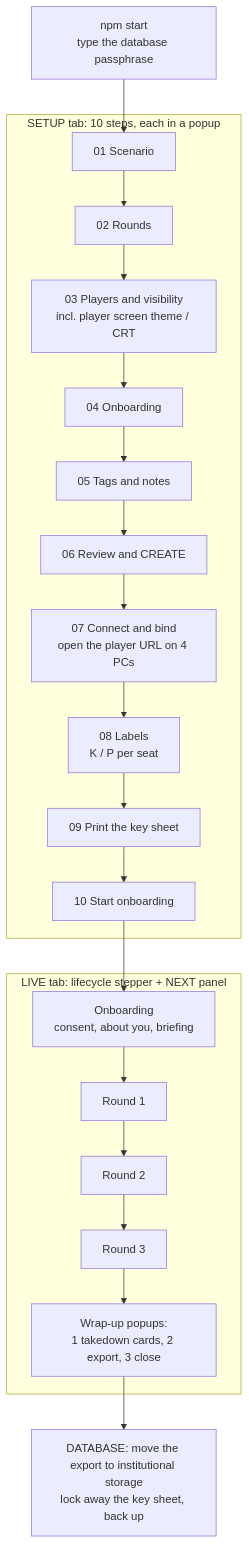
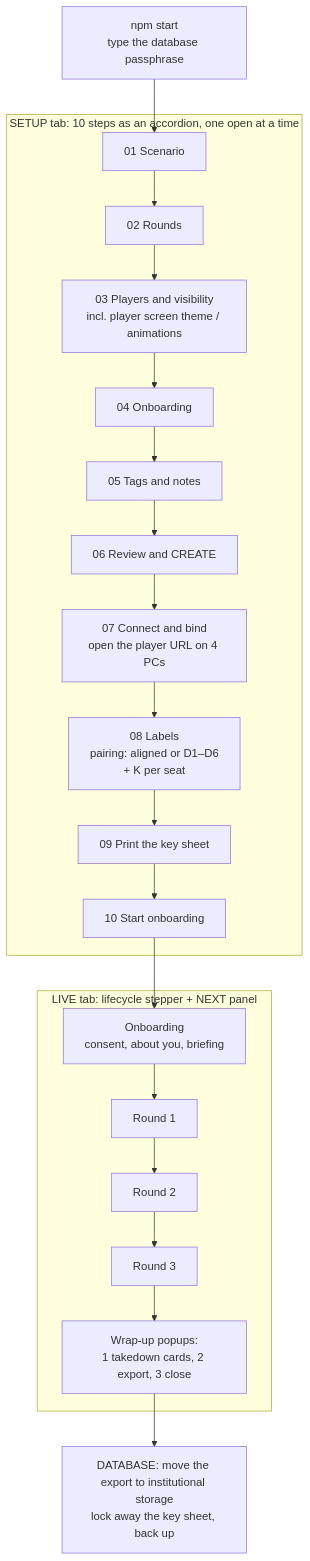
One commit to xy-zak/WhoKnowsWhoActs changed the diagram in docs/SESSION-RUNBOOK.md. Above: the diagram before and after it, drawn with Mermaid. The commit also changed other lines of this file and 49 other files, not shown here.

````diff
--- a/docs/SESSION-RUNBOOK.md
+++ b/docs/SESSION-RUNBOOK.md
@@ -27,14 +27,14 @@
 ```mermaid
 flowchart TD
   A["npm start<br/>type the database passphrase"] --> S1
-  subgraph SETUP["SETUP tab: 10 steps, each in a popup"]
-    S1["01 Scenario"] --> S2["02 Rounds"] --> S3["03 Players and visibility<br/>incl. player screen theme / CRT"] --> S4["04 Onboarding"] --> S5["05 Tags and notes"] --> S6["06 Review and CREATE"]
-    S6 --> S7["07 Connect and bind<br/>open the player URL on 4 PCs"] --> S8["08 Labels<br/>K / P per seat"] --> S9["09 Print the key sheet"] --> S10["10 Start onboarding"]
+  subgraph SETUP["SETUP tab: 10 steps as an accordion, one open at a time"]
+    S1["01 Scenario"] --> S2["02 Rounds"] --> S3["03 Players and visibility<br/>incl. player screen theme / animations"] --> S4["04 Onboarding"] --> S5["05 Tags and notes"] --> S6["06 Review and CREATE"]
+    S6 --> S7["07 Connect and bind<br/>open the player URL on 4 PCs"] --> S8["08 Labels<br/>pairing: aligned or D1–D6<br/>+ K per seat"] --> S9["09 Print the key sheet"] --> S10["10 Start onboarding"]
   end
   S10 --> L1
   subgraph LIVE["LIVE tab: lifecycle stepper + NEXT panel"]
     L1["Onboarding<br/>consent, about you, briefing"] --> L2["Round 1"] --> L3["Round 2"] --> L4["Round 3"] --> W
     W["Wrap-up popups:<br/>1 takedown cards, 2 export, 3 close"]
   end
   W --> D["DATABASE: move the export to institutional storage<br/>lock away the key sheet, back up"]
 ```
````
